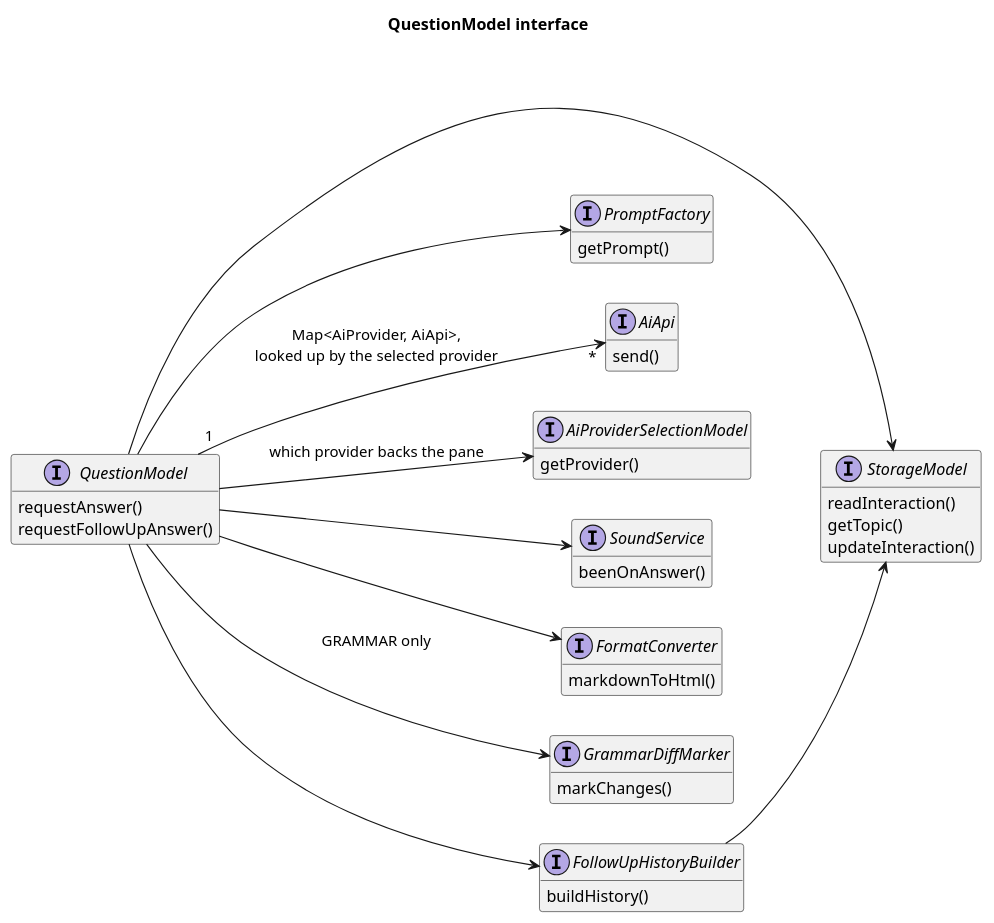
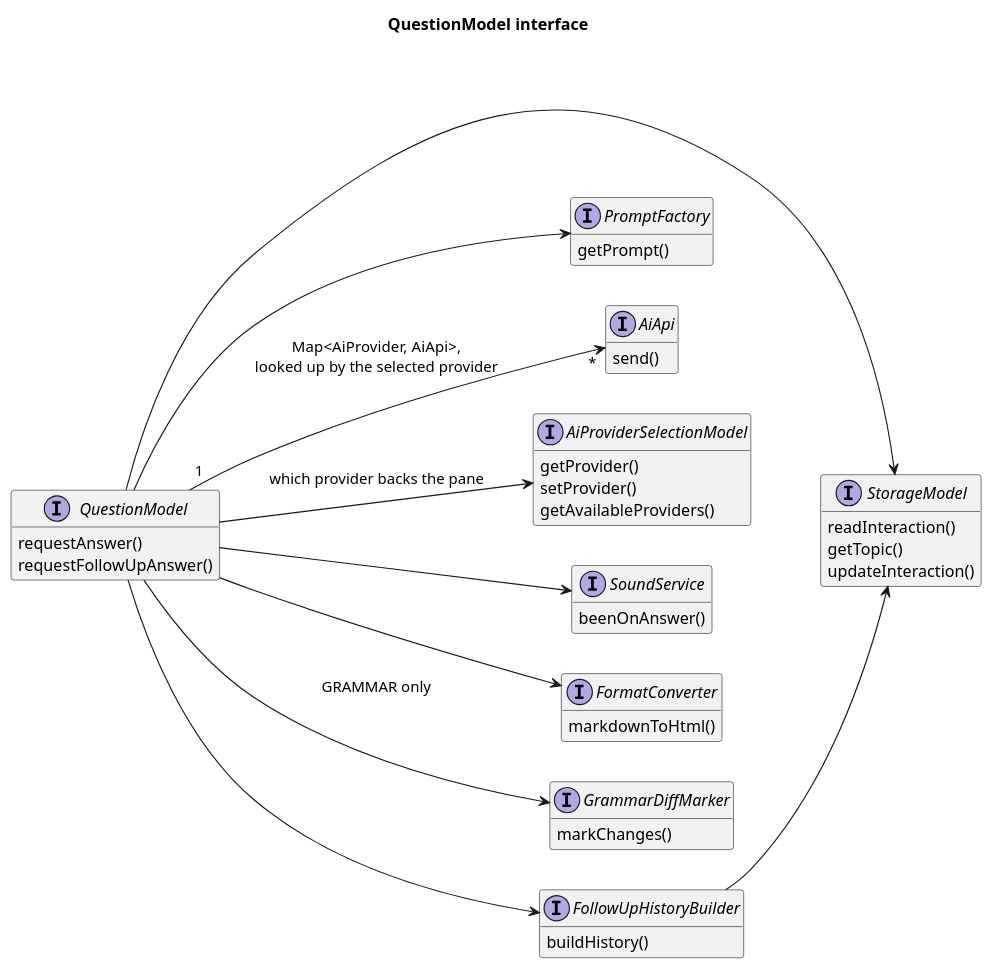
The diagram in docs/question-model-collaborators.puml (Aleks-Ya/topic-prompt-ui), drawn with PlantUML before and after one commit. The commit also changed 24 other files, not shown here.

```diff
--- a/docs/question-model-collaborators.puml
+++ b/docs/question-model-collaborators.puml
@@ -1,49 +1,51 @@
 @startuml
 hide empty members
 left to right direction
 
 title QuestionModel interface
 
 interface QuestionModel {
     requestAnswer()
     requestFollowUpAnswer()
 }
 interface StorageModel {
     readInteraction()
     getTopic()
     updateInteraction()
 }
 interface PromptFactory {
     getPrompt()
 }
 interface AiApi {
     send()
 }
 interface AiProviderSelectionModel {
     getProvider()
+    setProvider()
+    getAvailableProviders()
 }
 interface SoundService {
     beenOnAnswer()
 }
 interface FormatConverter {
     markdownToHtml()
 }
 interface GrammarDiffMarker {
     markChanges()
 }
 interface FollowUpHistoryBuilder {
     buildHistory()
 }
 
 QuestionModel --> StorageModel
 QuestionModel --> PromptFactory
 QuestionModel --> AiProviderSelectionModel: which provider backs the pane
 QuestionModel "1" --> "*" AiApi: Map<AiProvider, AiApi>,\nlooked up by the selected provider
 QuestionModel --> SoundService
 QuestionModel --> FormatConverter
 QuestionModel --> GrammarDiffMarker: GRAMMAR only
 QuestionModel --> FollowUpHistoryBuilder
 
 FollowUpHistoryBuilder --> StorageModel
 
 @enduml
```
